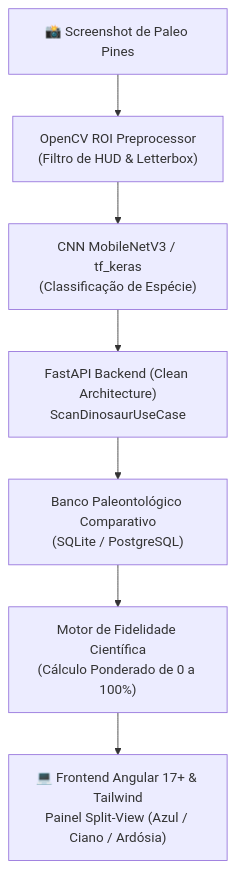
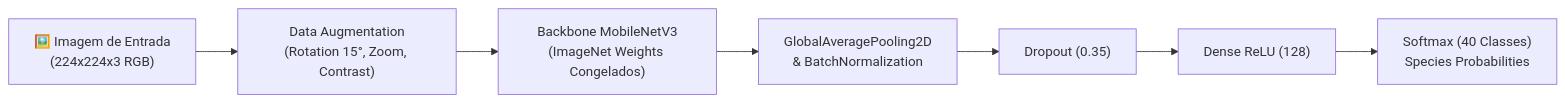
The diagram in README.md (Elyyihz/paleo-scanner), drawn with Mermaid before and after one commit. The commit also changed other lines of this file and 3 other files, not shown here.

````diff
--- a/README.md
+++ b/README.md
@@ -36,9 +81,9 @@
 ```mermaid
-flowchart TD
-    UserUpload["📸 Screenshot de Paleo Pines"] --> Preprocessor["OpenCV ROI Preprocessor<br/>(Filtro de HUD & Letterbox)"]
-    Preprocessor --> CNNModel["CNN MobileNetV3 / tf_keras<br/>(Classificação de Espécie)"]
-    CNNModel --> BackendCore["FastAPI Backend (Clean Architecture)<br/>ScanDinosaurUseCase"]
-    BackendCore --> DBRepo["Banco Paleontológico Comparativo<br/>(SQLite / PostgreSQL)"]
-    DBRepo --> FidelityEngine["Motor de Fidelidade Científica<br/>(Cálculo Ponderado de 0 a 100%)"]
-    FidelityEngine --> AngularUI["💻 Frontend Angular 17+ & Tailwind<br/>Painel Split-View (Azul / Ciano / Ardósia)"]
+flowchart LR
+    Img["🖼️ Imagem de Entrada<br/>(224x224x3 RGB)"] --> Aug["Data Augmentation<br/>(Rotation 15°, Zoom, Contrast)"]
+    Aug --> BB["Backbone MobileNetV3<br/>(ImageNet Weights Congelados)"]
+    BB --> Pool["GlobalAveragePooling2D<br/>& BatchNormalization"]
+    Pool --> Drop["Dropout (0.35)"]
+    Drop --> Dense1["Dense ReLU (128)"]
+    Dense1 --> Out["Softmax (40 Classes)<br/>Species Probabilities"]
 ```
````
